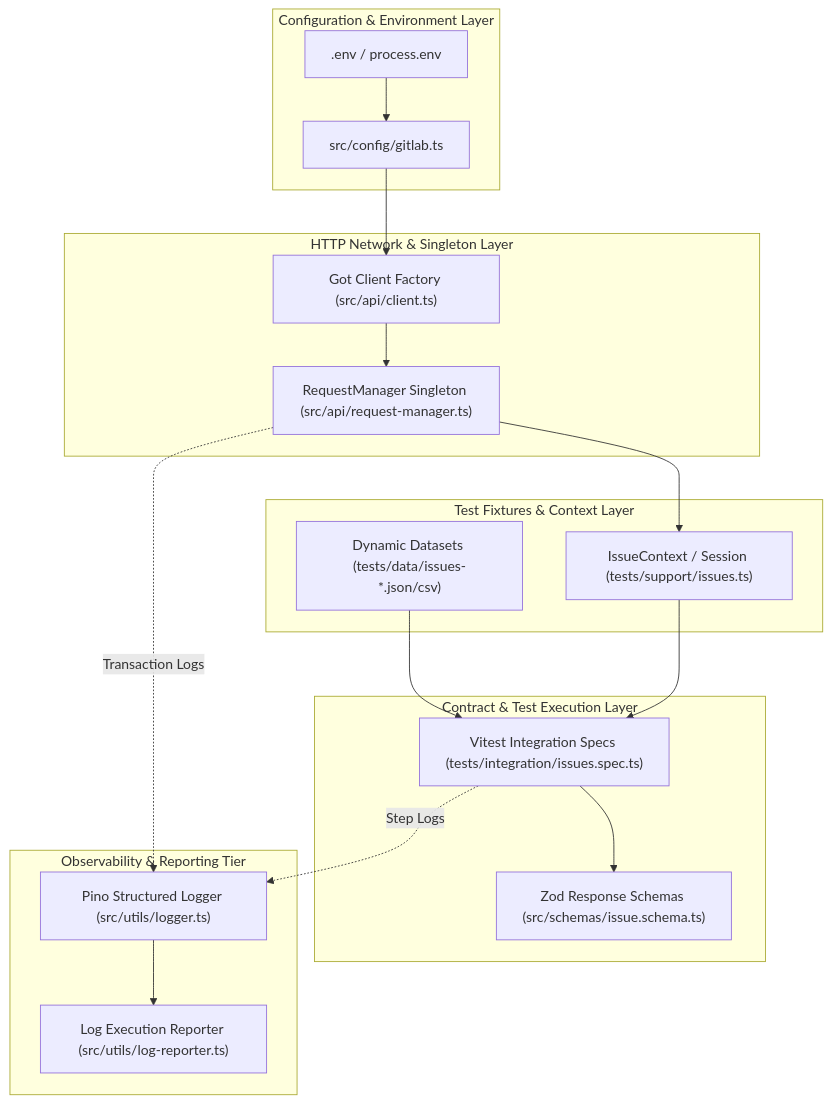
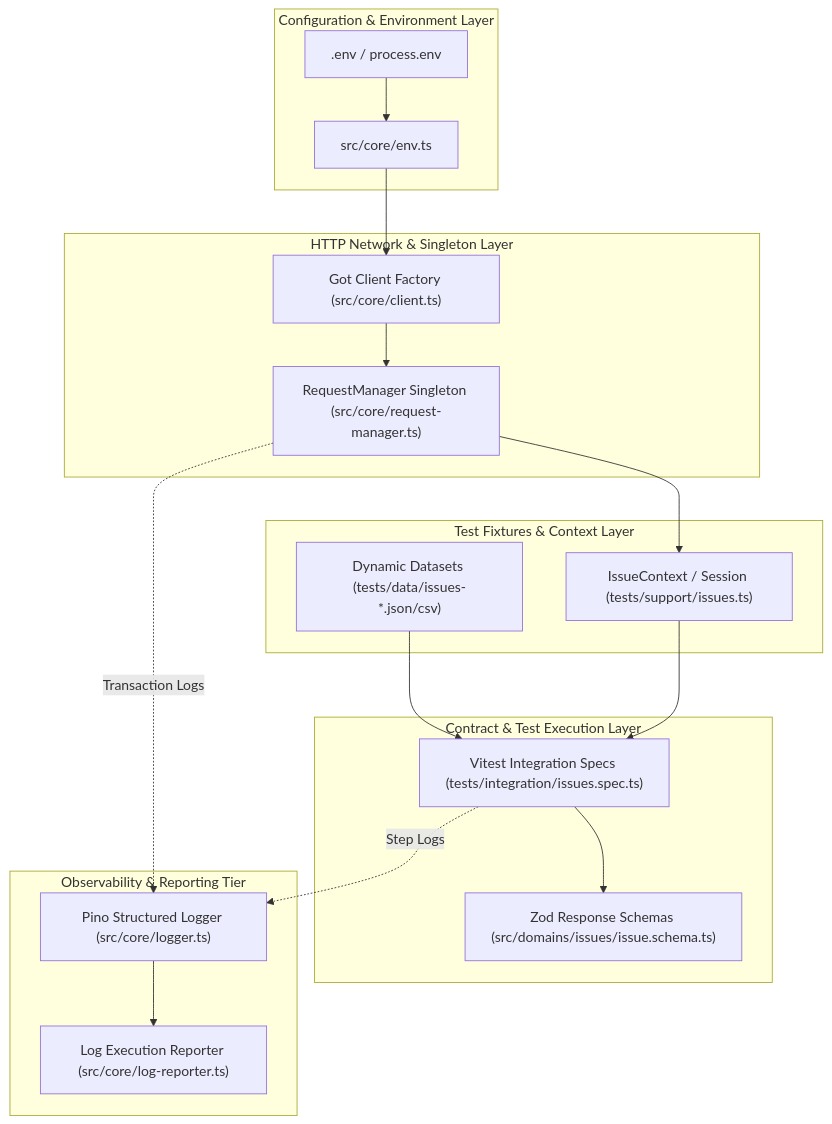
The first of 3 diagrams in wiki/labs/l4/l4_yeraldin.md (sqe3-organization/sqe3-2026-group4), drawn with Mermaid before and after one commit. The commit also changed other lines of this file and 29 other files, not shown here.

Commit message:
refactor(framework): organize source into core and feature domains #L4

````diff
--- a/wiki/labs/l4/l4_yeraldin.md
+++ b/wiki/labs/l4/l4_yeraldin.md
@@ -29,38 +29,38 @@
 ```mermaid
 flowchart TD
   subgraph Configuration["Configuration & Environment Layer"]
     ENV[".env / process.env"]
-    CONF["src/config/gitlab.ts"]
+    CONF["src/core/env.ts"]
   end
 
   subgraph Client["HTTP Network & Singleton Layer"]
-    FACTORY["Got Client Factory (src/api/client.ts)"]
-    SINGLETON["RequestManager Singleton (src/api/request-manager.ts)"]
+    FACTORY["Got Client Factory (src/core/client.ts)"]
+    SINGLETON["RequestManager Singleton (src/core/request-manager.ts)"]
   end
 
   subgraph Support["Test Fixtures & Context Layer"]
     CTX["IssueContext / Session (tests/support/issues.ts)"]
     DATA["Dynamic Datasets (tests/data/issues-*.json/csv)"]
   end
 
   subgraph Core["Contract & Test Execution Layer"]
-    SCHEMA["Zod Response Schemas (src/schemas/issue.schema.ts)"]
+    SCHEMA["Zod Response Schemas (src/domains/issues/issue.schema.ts)"]
     SPECS["Vitest Integration Specs (tests/integration/issues.spec.ts)"]
   end
 
   subgraph Observability["Observability & Reporting Tier"]
-    LOGGER["Pino Structured Logger (src/utils/logger.ts)"]
-    REPORTER["Log Execution Reporter (src/utils/log-reporter.ts)"]
+    LOGGER["Pino Structured Logger (src/core/logger.ts)"]
+    REPORTER["Log Execution Reporter (src/core/log-reporter.ts)"]
   end
 
   ENV --> CONF
   CONF --> FACTORY
   FACTORY --> SINGLETON
   SINGLETON --> CTX
   DATA --> SPECS
   CTX --> SPECS
   SPECS --> SCHEMA
   SINGLETON -.->|Transaction Logs| LOGGER
   SPECS -.->|Step Logs| LOGGER
   LOGGER --> REPORTER
 ```
````
